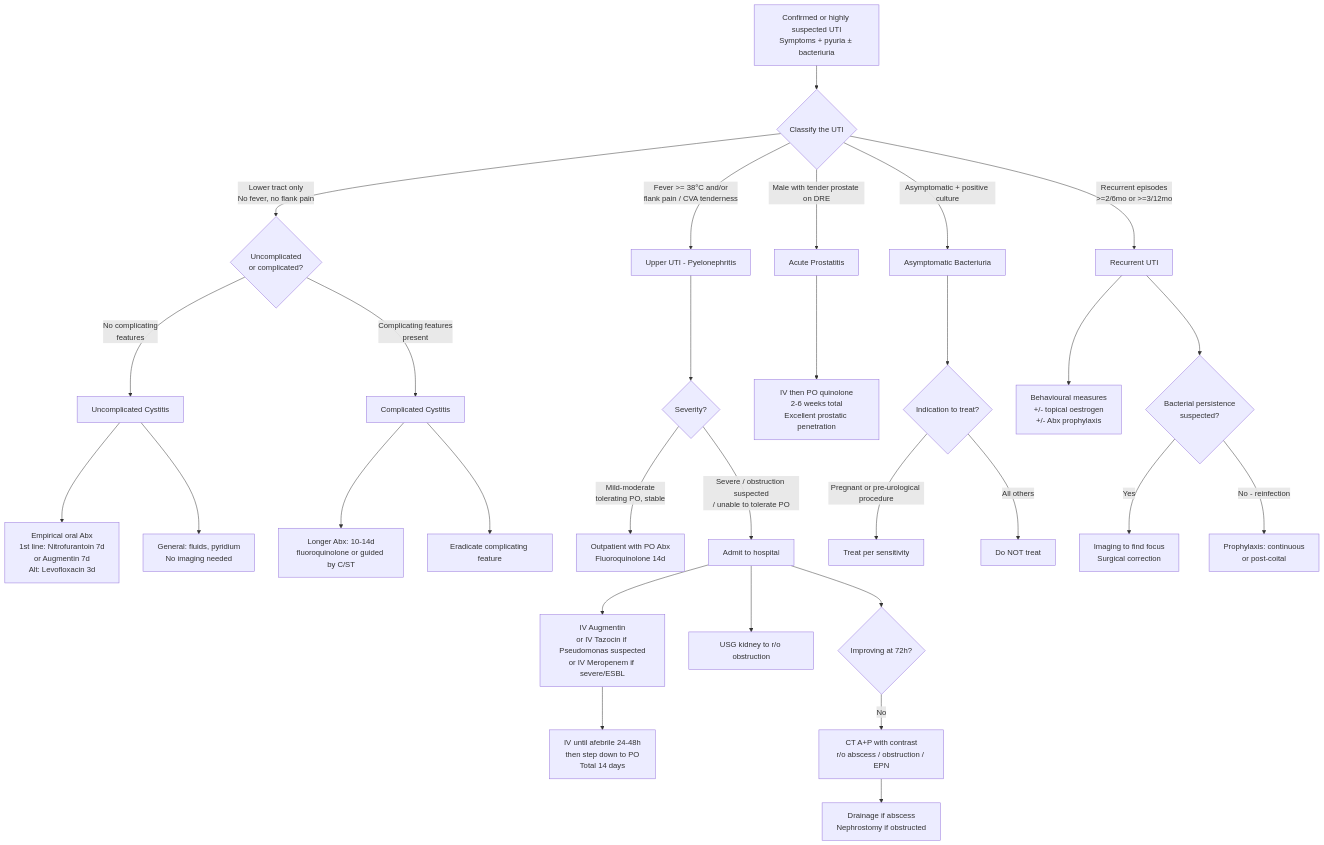
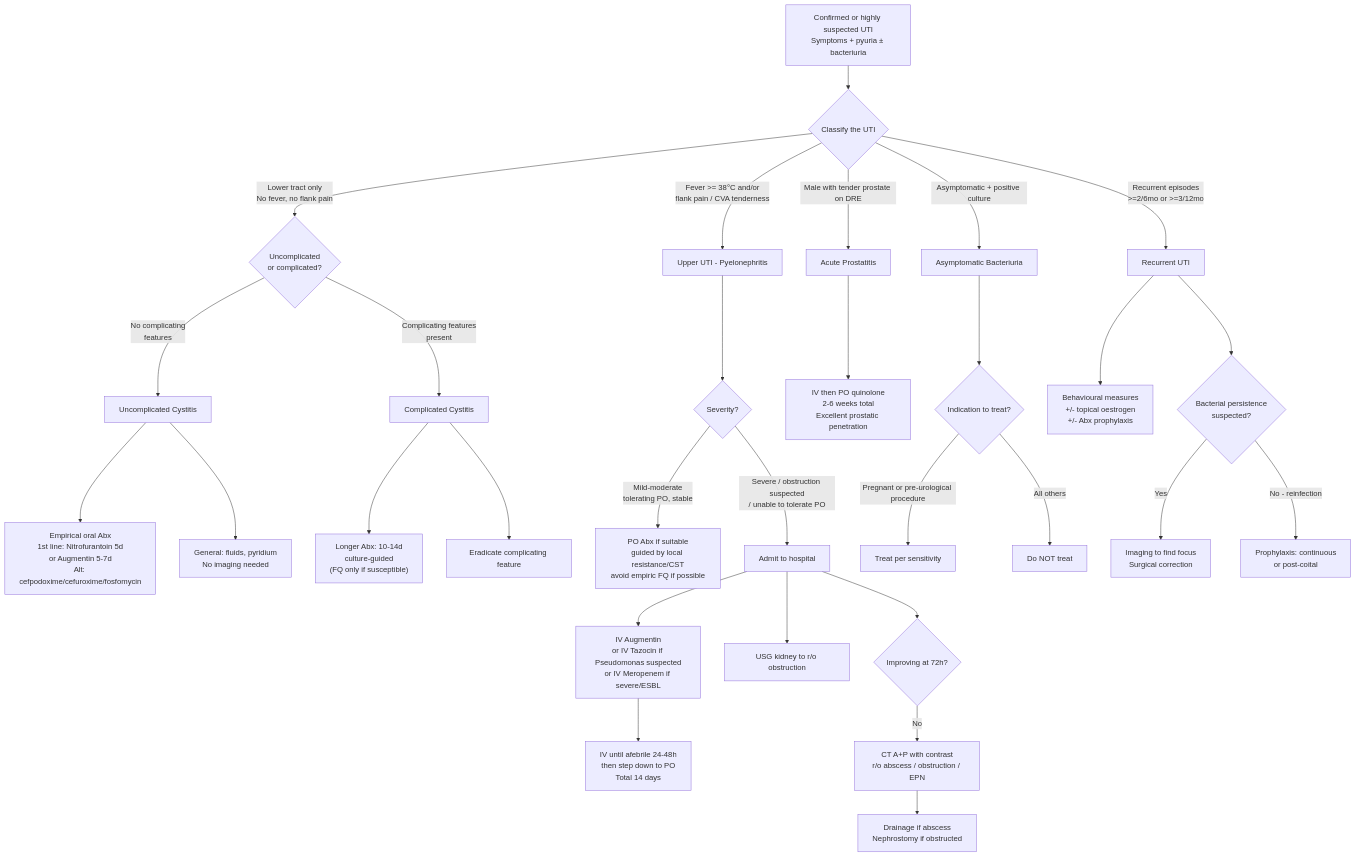
Before and after one commit to techjason/mbbspedia: the diagram in content/fragments/general-surgery/urinary-tract-infection/mx.mdx, drawn with Mermaid. The commit also changed other lines of this file and 8 other files, not shown here.

````diff
--- a/content/fragments/general-surgery/urinary-tract-infection/mx.mdx
+++ b/content/fragments/general-surgery/urinary-tract-infection/mx.mdx
@@ -32,41 +32,41 @@
 ```mermaid
 flowchart TD
     A["Confirmed or highly suspected UTI<br/>Symptoms + pyuria ± bacteriuria"] --> B{"Classify the UTI"}
     
     B -->|"Lower tract only<br/>No fever, no flank pain"| C{"Uncomplicated<br/>or complicated?"}
     B -->|"Fever >= 38°C and/or<br/>flank pain / CVA tenderness"| D["Upper UTI - Pyelonephritis"]
     B -->|"Male with tender prostate on DRE"| E["Acute Prostatitis"]
     B -->|"Asymptomatic + positive culture"| F["Asymptomatic Bacteriuria"]
     B -->|"Recurrent episodes<br/>>=2/6mo or >=3/12mo"| G["Recurrent UTI"]
     
     C -->|"No complicating<br/>features"| C1["Uncomplicated Cystitis"]
     C -->|"Complicating features<br/>present"| C2["Complicated Cystitis"]
     
-    C1 --> C1a["Empirical oral Abx<br/>1st line: Nitrofurantoin 7d<br/>or Augmentin 7d<br/>Alt: Levofloxacin 3d"]
+    C1 --> C1a["Empirical oral Abx<br/>1st line: Nitrofurantoin 5d<br/>or Augmentin 5-7d<br/>Alt: cefpodoxime/cefuroxime/fosfomycin"]
     C1 --> C1b["General: fluids, pyridium<br/>No imaging needed"]
     
-    C2 --> C2a["Longer Abx: 10-14d<br/>fluoroquinolone or guided by C/ST"]
+    C2 --> C2a["Longer Abx: 10-14d<br/>culture-guided<br/>(FQ only if susceptible)"]
     C2 --> C2b["Eradicate complicating feature"]
     
     D --> D1{"Severity?"}
-    D1 -->|"Mild-moderate<br/>tolerating PO, stable"| D2["Outpatient with PO Abx<br/>Fluoroquinolone 14d"]
+    D1 -->|"Mild-moderate<br/>tolerating PO, stable"| D2["PO Abx if suitable<br/>guided by local resistance/CST<br/>avoid empiric FQ if possible"]
     D1 -->|"Severe / obstruction suspected<br/>/ unable to tolerate PO"| D3["Admit to hospital"]
     
     D3 --> D3a["IV Augmentin<br/>or IV Tazocin if Pseudomonas suspected<br/>or IV Meropenem if severe/ESBL"]
     D3a --> D3b["IV until afebrile 24-48h<br/>then step down to PO<br/>Total 14 days"]
     D3 --> D3c["USG kidney to r/o obstruction"]
     D3 --> D3d{"Improving at 72h?"}
     D3d -->|"No"| D3e["CT A+P with contrast<br/>r/o abscess / obstruction / EPN"]
     D3e --> D3f["Drainage if abscess<br/>Nephrostomy if obstructed"]
     
     E --> E1["IV then PO quinolone<br/>2-6 weeks total<br/>Excellent prostatic penetration"]
     
     F --> F1{"Indication to treat?"}
     F1 -->|"Pregnant or pre-urological procedure"| F2["Treat per sensitivity"]
     F1 -->|"All others"| F3["Do NOT treat"]
     
     G --> G1["Behavioural measures<br/>+/- topical oestrogen<br/>+/- Abx prophylaxis"]
     G --> G2{"Bacterial persistence<br/>suspected?"}
     G2 -->|"Yes"| G3["Imaging to find focus<br/>Surgical correction"]
     G2 -->|"No - reinfection"| G4["Prophylaxis: continuous<br/>or post-coital"]
 ```
````
